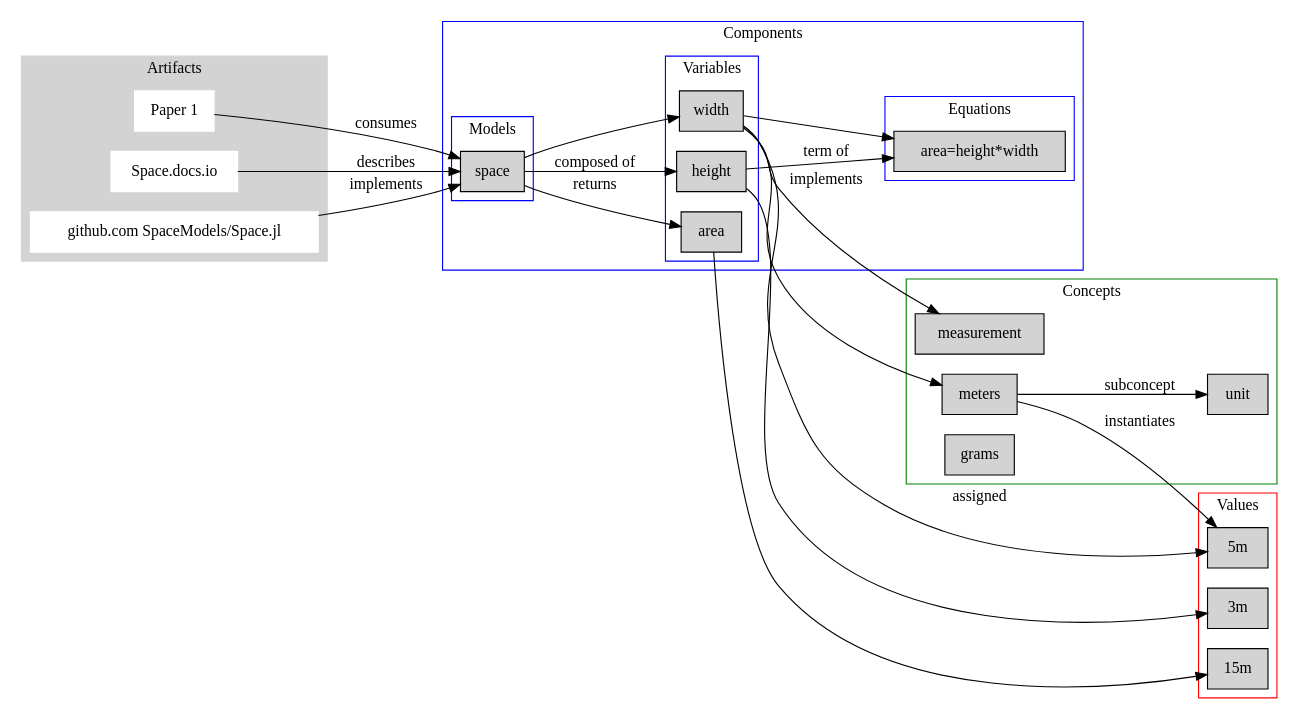
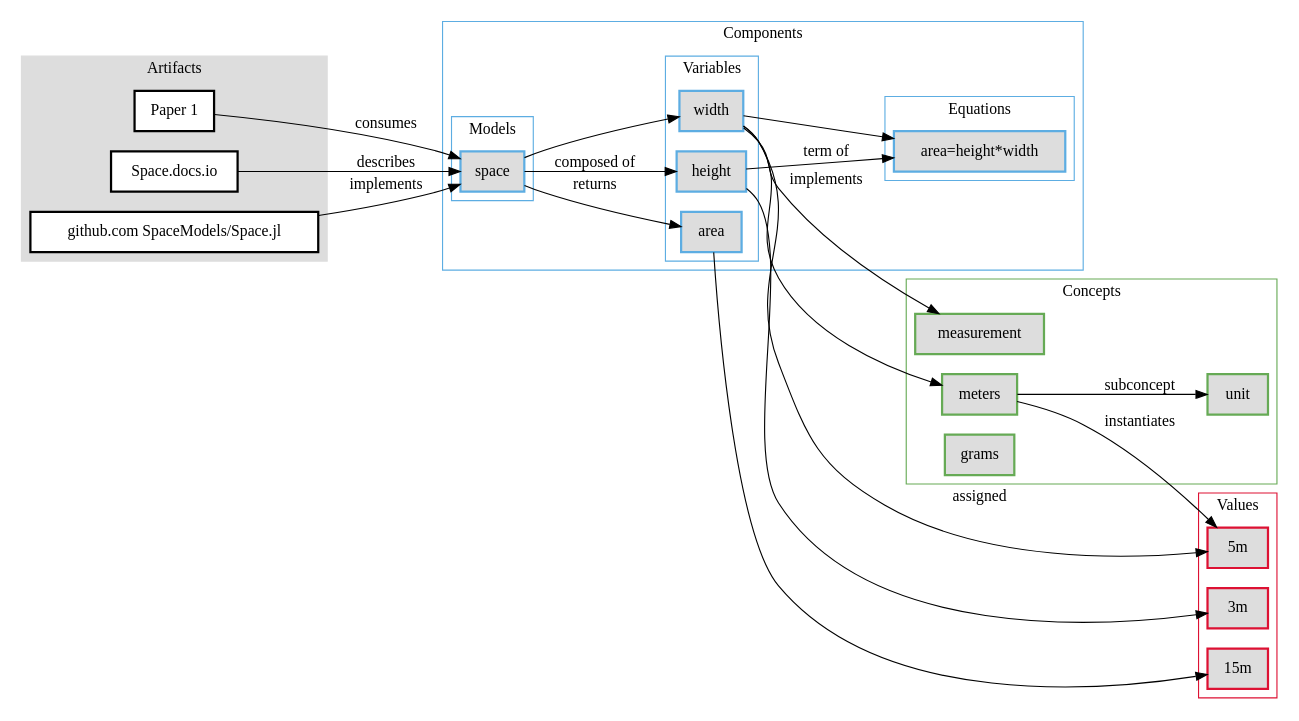
The diagram in doc/src/img/schema.dot (jpfairbanks/SemanticModels.jl), drawn with Graphviz before and after one commit. The commit also changed 6 other files, not shown here.

```diff
--- a/doc/src/img/schema.dot
+++ b/doc/src/img/schema.dot
@@ -1,65 +1,65 @@
 digraph G{
     rankdir = "LR"
-    node [shape=box]
+    node [shape=box,style="filled", fillcolor="#dddddd", penwidth=2.0]
 	subgraph cluster_0 {
 		style=filled;
-		color=lightgrey;
-		node [style=filled,color=white];
+    color="#dddddd"
+		node [style=filled,fillcolor="#ffffff"];
 		a0; a2; a3;
 		label = "Artifacts";
 		a0[label="Paper 1"];
 		a2[label="Space.docs.io"];
 		a3[label="github.com SpaceModels/Space.jl"];
 	}
 
 	subgraph cluster_1 {
-		node [style=filled];
+		node [style=filled, color="#5DADE2", penwidth=2.0];
 		b0; b1; b2; b3;
 		label = "Components";
-		color=blue;
+		color="#5DADE2";
 		
 		b1[label="height"];
 		b2[label="area=height*width"];
 		b3[label="width"];
 		b4[label="area"];
 		b1 -> b2 [label="term of"];
 		b3 -> b2;
 		subgraph cluster_10{b0[label="space"]; label="Models";
 		}
 		subgraph cluster_11{b1; b3; b4; label="Variables"};
 		subgraph cluster_12{b2; label="Equations"};
 	}
 	subgraph cluster_2 {
-		node [style=filled];
+		node [style=filled, color="#66AA55", penwidth=2.0];
 		c0; c1; c2; c3;
 		c0[label="measurement"];
 		c1[label="meters"];
 		c2[label="unit"];
 		c3[label="grams"];
 		label = "Concepts";
 		c1 -> c2 [label="subconcept"];
-		color=green;
+		color="#66AA55";
 	}
 	subgraph cluster_3 {
-		node [style=filled];
+		node [style=filled, color="#DD1133", penwidth=2.0];
 		d1 d2 d3;
 		d1[label="5m"];
 		d2[label="3m"];
 		d3[label="15m"];
 		
 		label = "Values";
-		color=red;
+		color="#DD1133";
 	}
 	a2 -> b0 [label="describes"];
 	a0 -> b0 [label="consumes"];
 	b0 -> b1 [label="composed of"];
 	b0 -> b4 [label="returns"];
 	b0 -> b3;
 	b3 -> c0 [label="implements"];
 	b3 -> d1 [label="assigned"];
 	b1 -> d2 [label=""];
 	b4 -> d3 [label=""];
 	b3 -> c1;
 	c1 -> d1 [label="instantiates"];
 	a3 -> b0 [label="implements"];
 }
```
